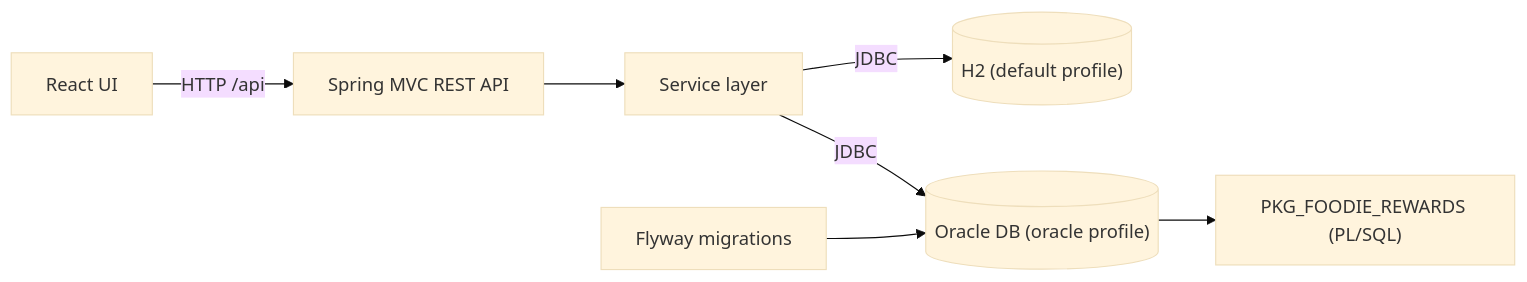
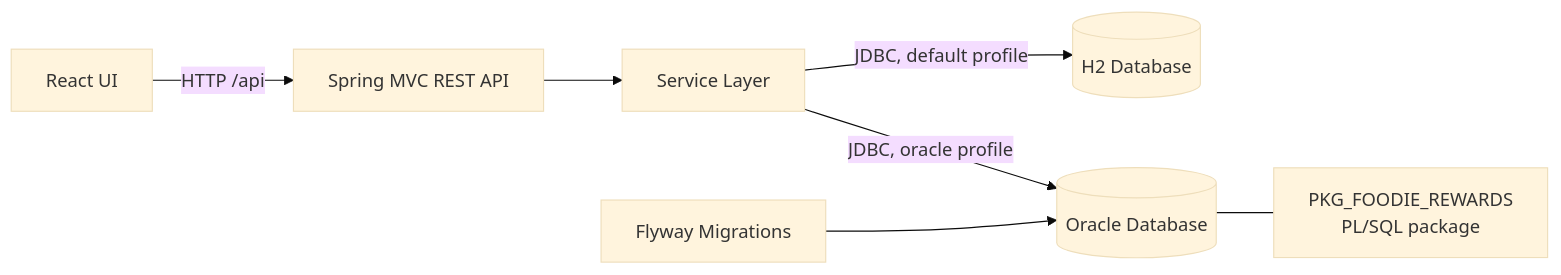
Before and after one commit to Wilsonowi/The-Foodie-Reward: the diagram in README.md, drawn with Mermaid (base theme). The commit also changed other lines of this file, not shown here.

````diff
--- a/README.md
+++ b/README.md
@@ -49,9 +133,9 @@
 ```mermaid
 flowchart LR
-    UI["React UI"] -->|HTTP /api| API["Spring MVC REST API"]
-    API --> SVC["Service layer"]
-    SVC -->|JDBC| H2[("H2 (default profile)")]
-    SVC -->|JDBC| ORA[("Oracle DB (oracle profile)")]
-    ORA --> PKG["PKG_FOODIE_REWARDS (PL/SQL)"]
-    FLY["Flyway migrations"] --> ORA
+    A[React UI] -->|HTTP /api| B[Spring MVC REST API]
+    B --> C[Service Layer]
+    C -->|JDBC, default profile| D[(H2 Database)]
+    C -->|JDBC, oracle profile| E[(Oracle Database)]
+    E --- F[PKG_FOODIE_REWARDS<br/>PL/SQL package]
+    G[Flyway Migrations] --> E
 ```
````
